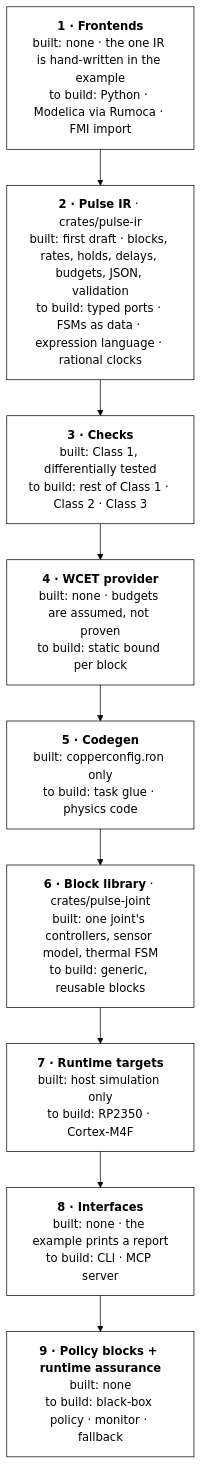
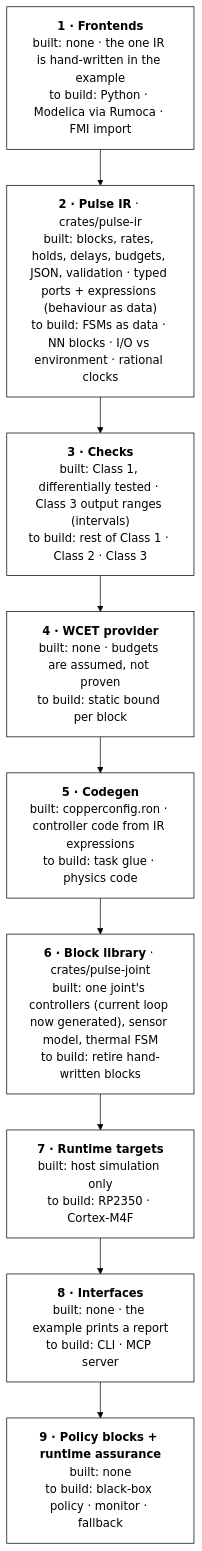
Before and after one commit to Aragosta/Pulse: the diagram in README.md, drawn with Mermaid (forest theme). The commit also changed other lines of this file and 14 other files, not shown here.

First line of the commit message:
IR holds behaviour: expression language, interval proofs, generated current loop

````diff
--- a/README.md
+++ b/README.md
@@ -8,17 +8,17 @@
 ```mermaid
 flowchart TB
     L1["<b>1 · Frontends</b><br/>built: none · the one IR is hand-written in the example<br/>to build: Python · Modelica via Rumoca · FMI import"]
-    L2["<b>2 · Pulse IR</b> · crates/pulse-ir<br/>built: first draft · blocks, rates, holds, delays, budgets, JSON, validation<br/>to build: typed ports · FSMs as data · expression language · rational clocks"]
-    L3["<b>3 · Checks</b><br/>built: Class 1, differentially tested<br/>to build: rest of Class 1 · Class 2 · Class 3"]
+    L2["<b>2 · Pulse IR</b> · crates/pulse-ir<br/>built: blocks, rates, holds, delays, budgets, JSON, validation · typed ports + expressions (behaviour as data)<br/>to build: FSMs as data · NN blocks · I/O vs environment · rational clocks"]
+    L3["<b>3 · Checks</b><br/>built: Class 1, differentially tested · Class 3 output ranges (intervals)<br/>to build: rest of Class 1 · Class 2 · Class 3"]
     L4["<b>4 · WCET provider</b><br/>built: none · budgets are assumed, not proven<br/>to build: static bound per block"]
-    L5["<b>5 · Codegen</b><br/>built: copperconfig.ron only<br/>to build: task glue · physics code"]
-    L6["<b>6 · Block library</b> · crates/pulse-joint<br/>built: one joint's controllers, sensor model, thermal FSM<br/>to build: generic, reusable blocks"]
+    L5["<b>5 · Codegen</b><br/>built: copperconfig.ron · controller code from IR expressions<br/>to build: task glue · physics code"]
+    L6["<b>6 · Block library</b> · crates/pulse-joint<br/>built: one joint's controllers (current loop now generated), sensor model, thermal FSM<br/>to build: retire hand-written blocks"]
     L7["<b>7 · Runtime targets</b><br/>built: host simulation only<br/>to build: RP2350 · Cortex-M4F"]
     L8["<b>8 · Interfaces</b><br/>built: none · the example prints a report<br/>to build: CLI · MCP server"]
     L9["<b>9 · Policy blocks + runtime assurance</b><br/>built: none<br/>to build: black-box policy · monitor · fallback"]
 
     L1 --> L2 --> L3 --> L4 --> L5 --> L6 --> L7 --> L8 --> L9
 
     classDef default fill:#fff,stroke:#000,color:#000
     linkStyle default stroke:#000
 ```
````
